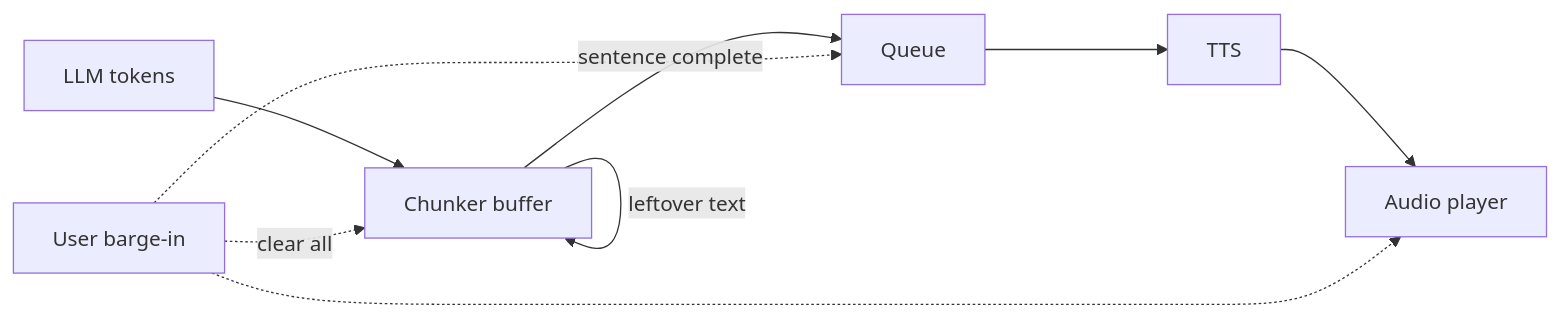
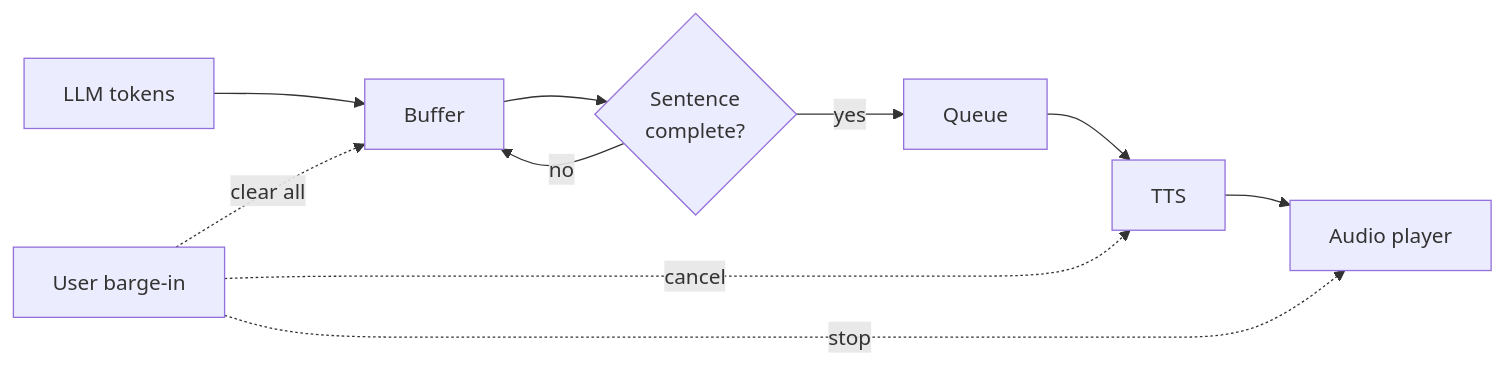
The first of 2 diagrams in notes/step-16-ai-infrastructure-deployment-and-system-design/211-sentence-chunking-for-tts.md (kaisarnajar/outcome-school-blogs), drawn with Mermaid before and after one commit. The commit also changed other lines of this file and 233 other files, not shown here.

First line of the commit message:
feat: in-app notes pages and complete rewrite of all 221 study notes

````diff
--- a/notes/step-16-ai-infrastructure-deployment-and-system-design/211-sentence-chunking-for-tts.md
+++ b/notes/step-16-ai-infrastructure-deployment-and-system-design/211-sentence-chunking-for-tts.md
@@ -31,11 +83,12 @@
 ```mermaid
 flowchart LR
-    A["LLM tokens"] --> B["Chunker buffer"]
-    B -->|"sentence complete"| C["Queue"]
-    C --> D["TTS"]
-    D --> E["Audio player"]
-    B -->|"leftover text"| B
-    F["User barge-in"] -.->|"clear all"| B
-    F -.-> C
-    F -.-> E
+  L1["LLM tokens"] --> B1["Buffer"]
+  B1 --> D1{"Sentence<br/>complete?"}
+  D1 -->|"no"| B1
+  D1 -->|"yes"| Q1["Queue"]
+  Q1 --> T1["TTS"]
+  T1 --> P1["Audio player"]
+  I1["User barge-in"] -.->|"clear all"| B1
+  I1 -.->|"cancel"| T1
+  I1 -.->|"stop"| P1
 ```
````
